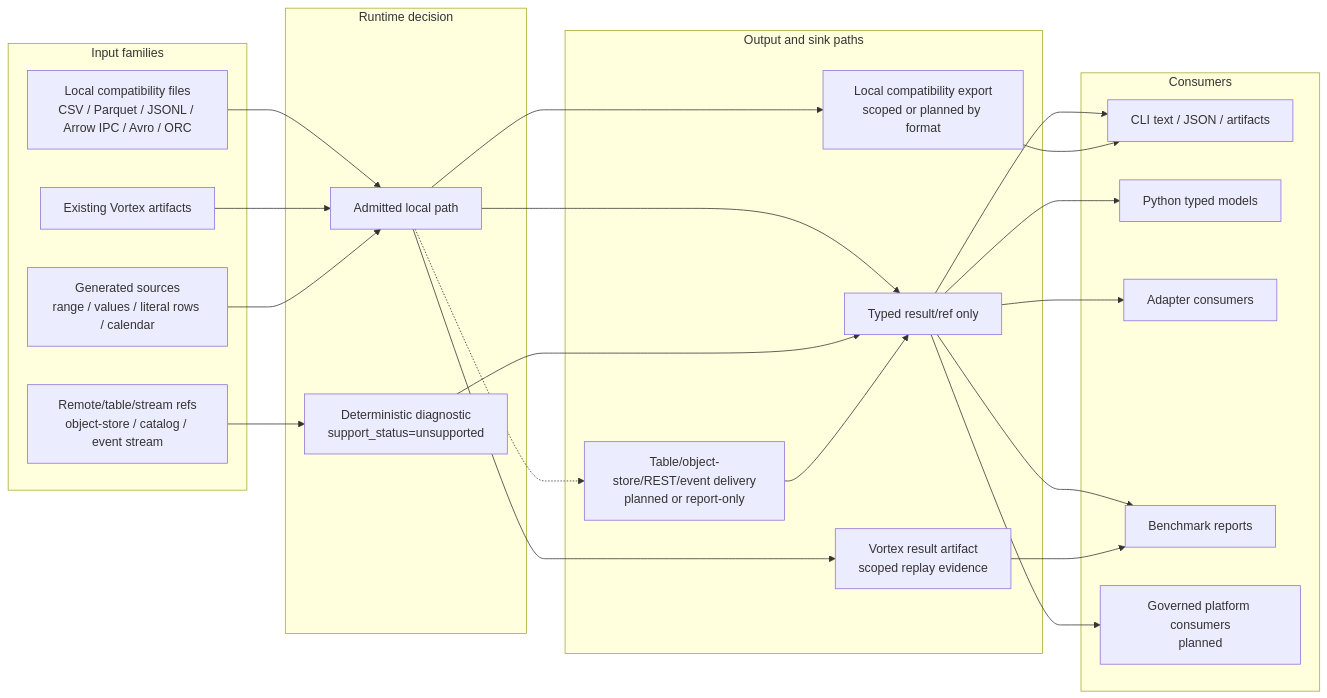
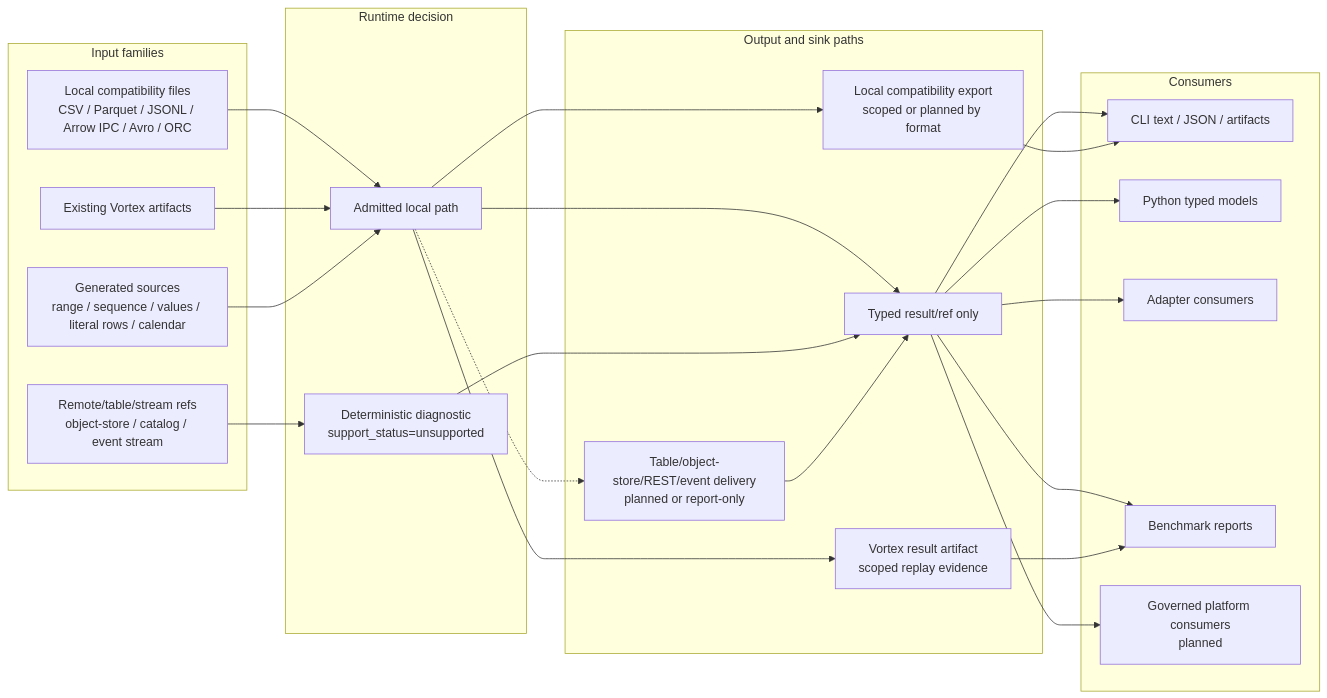
Before and after one commit to depsilon/shardloom: the sixth of 8 diagrams in website/assets/data/compute-engine-flow-reference.md, drawn with Mermaid. The commit also changed other lines of this file and 35 other files, not shown here.

First line of the commit message:
Add scoped generated sequence runtime (#788)

````diff
--- a/website/assets/data/compute-engine-flow-reference.md
+++ b/website/assets/data/compute-engine-flow-reference.md
@@ -441,47 +441,47 @@
 ```mermaid
 flowchart LR
     subgraph SOURCES["Input families"]
         LOCAL["Local compatibility files<br/>CSV / Parquet / JSONL / Arrow IPC / Avro / ORC"]
         VORTEX["Existing Vortex artifacts"]
-        GENERATED["Generated sources<br/>range / values / literal rows / calendar"]
+        GENERATED["Generated sources<br/>range / sequence / values / literal rows / calendar"]
         REMOTE["Remote/table/stream refs<br/>object-store / catalog / event stream"]
     end
 
     subgraph DECISION["Runtime decision"]
         ADMIT["Admitted local path"]
         BLOCK["Deterministic diagnostic<br/>support_status=unsupported"]
     end
 
     subgraph SINKS["Output and sink paths"]
         RESULT["Typed result/ref only"]
         VORTEX_OUT["Vortex result artifact<br/>scoped replay evidence"]
         LOCAL_EXPORT["Local compatibility export<br/>scoped or planned by format"]
         PLATFORM_OUT["Table/object-store/REST/event delivery<br/>planned or report-only"]
     end
 
     subgraph CONSUMERS["Consumers"]
         CLI_OUT["CLI text / JSON / artifacts"]
         PY_OUT["Python typed models"]
         ADAPTER_OUT["Adapter consumers"]
         BENCH_OUT["Benchmark reports"]
         PLATFORM_CONSUMER["Governed platform consumers<br/>planned"]
     end
 
     LOCAL --> ADMIT
     VORTEX --> ADMIT
     GENERATED --> ADMIT
     REMOTE --> BLOCK
     ADMIT --> RESULT
     ADMIT --> VORTEX_OUT
     ADMIT --> LOCAL_EXPORT
     ADMIT -.-> PLATFORM_OUT
     BLOCK --> RESULT
     PLATFORM_OUT --> RESULT
     RESULT --> CLI_OUT
     RESULT --> PY_OUT
     RESULT --> ADAPTER_OUT
     RESULT --> BENCH_OUT
     RESULT --> PLATFORM_CONSUMER
     VORTEX_OUT --> BENCH_OUT
     LOCAL_EXPORT --> CLI_OUT
 ```
````
